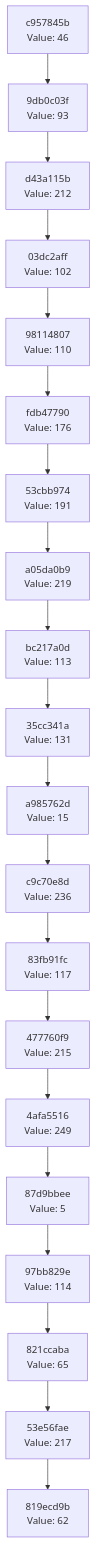
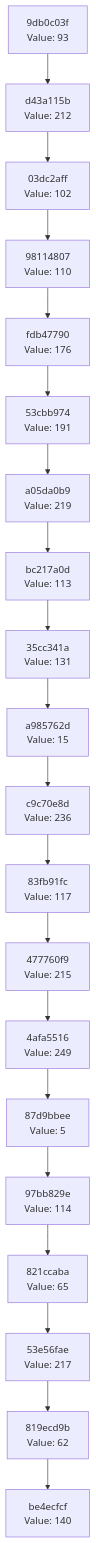
Before and after one commit to Abhisheksinha1506/hash-chain-evolver: the diagram in docs/CHAIN_VISUALIZATION.md, drawn with Mermaid. The commit also changed 3 other files, not shown here.

````diff
--- a/docs/CHAIN_VISUALIZATION.md
+++ b/docs/CHAIN_VISUALIZATION.md
@@ -3,42 +3,42 @@
 ```mermaid
 graph TD
-    C0["819ecd9b<br/>Value: 62"]
-    C1["53e56fae<br/>Value: 217"]
+    C0["be4ecfcf<br/>Value: 140"]
+    C1["819ecd9b<br/>Value: 62"]
     C1 --> C0
-    C2["821ccaba<br/>Value: 65"]
+    C2["53e56fae<br/>Value: 217"]
     C2 --> C1
-    C3["97bb829e<br/>Value: 114"]
+    C3["821ccaba<br/>Value: 65"]
     C3 --> C2
-    C4["87d9bbee<br/>Value: 5"]
+    C4["97bb829e<br/>Value: 114"]
     C4 --> C3
-    C5["4afa5516<br/>Value: 249"]
+    C5["87d9bbee<br/>Value: 5"]
     C5 --> C4
-    C6["477760f9<br/>Value: 215"]
+    C6["4afa5516<br/>Value: 249"]
     C6 --> C5
-    C7["83fb91fc<br/>Value: 117"]
+    C7["477760f9<br/>Value: 215"]
     C7 --> C6
-    C8["c9c70e8d<br/>Value: 236"]
+    C8["83fb91fc<br/>Value: 117"]
     C8 --> C7
-    C9["a985762d<br/>Value: 15"]
+    C9["c9c70e8d<br/>Value: 236"]
     C9 --> C8
-    C10["35cc341a<br/>Value: 131"]
+    C10["a985762d<br/>Value: 15"]
     C10 --> C9
-    C11["bc217a0d<br/>Value: 113"]
+    C11["35cc341a<br/>Value: 131"]
     C11 --> C10
-    C12["a05da0b9<br/>Value: 219"]
+    C12["bc217a0d<br/>Value: 113"]
     C12 --> C11
-    C13["53cbb974<br/>Value: 191"]
+    C13["a05da0b9<br/>Value: 219"]
     C13 --> C12
-    C14["fdb47790<br/>Value: 176"]
+    C14["53cbb974<br/>Value: 191"]
     C14 --> C13
-    C15["98114807<br/>Value: 110"]
+    C15["fdb47790<br/>Value: 176"]
     C15 --> C14
-    C16["03dc2aff<br/>Value: 102"]
+    C16["98114807<br/>Value: 110"]
     C16 --> C15
-    C17["d43a115b<br/>Value: 212"]
+    C17["03dc2aff<br/>Value: 102"]
     C17 --> C16
-    C18["9db0c03f<br/>Value: 93"]
+    C18["d43a115b<br/>Value: 212"]
     C18 --> C17
-    C19["c957845b<br/>Value: 46"]
+    C19["9db0c03f<br/>Value: 93"]
     C19 --> C18
 ```
````
